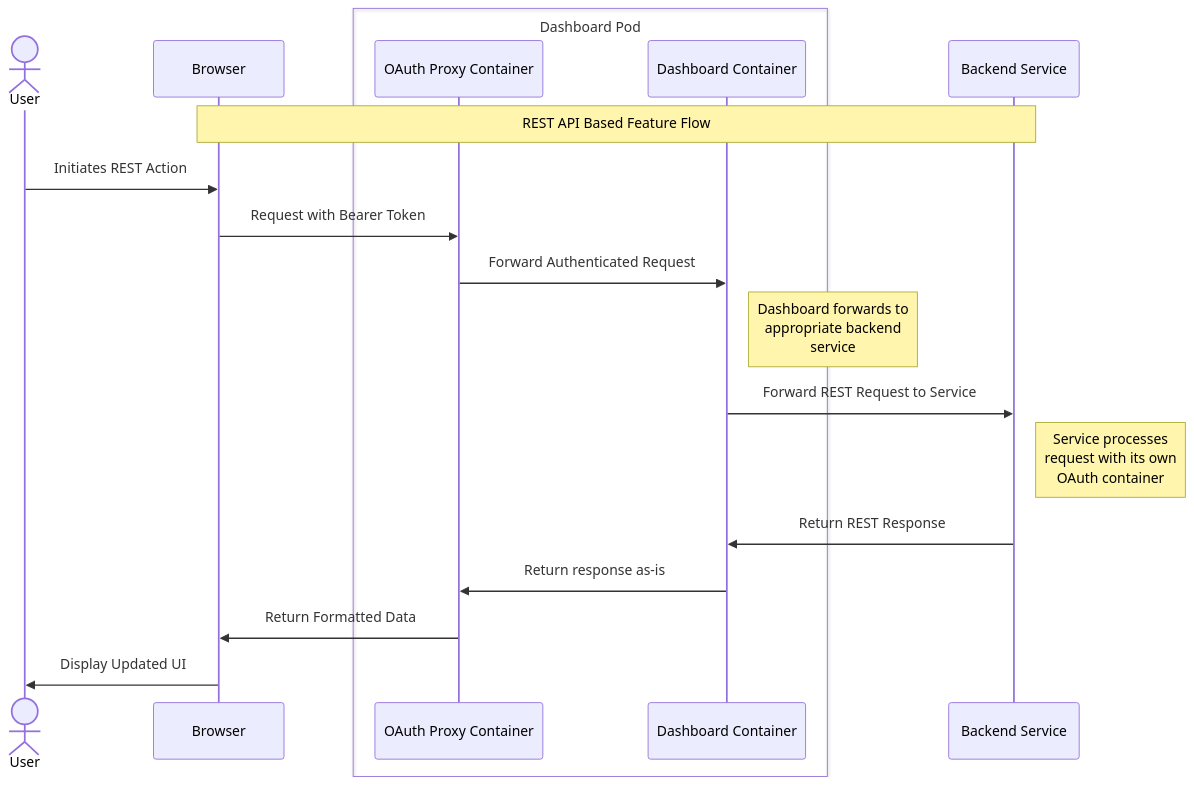
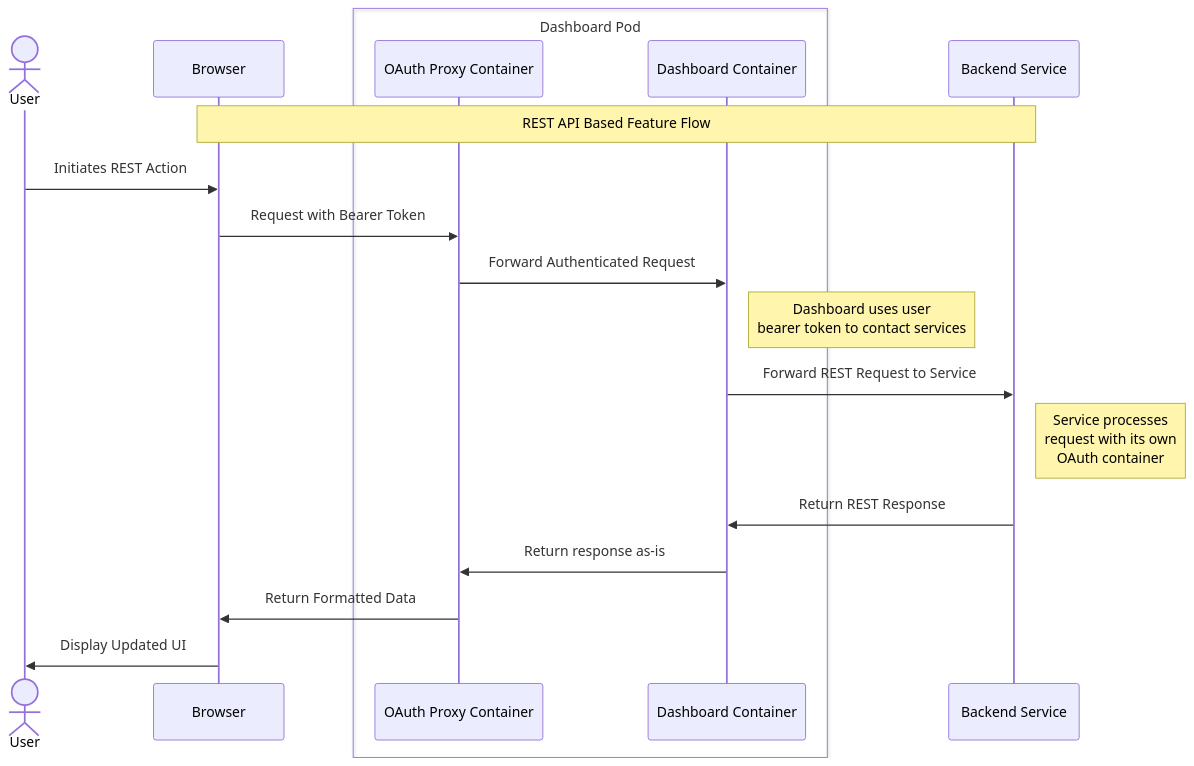
One commit to opendatahub-io/architecture-decision-records changed the fourth of 4 diagrams in documentation/components/dashboard/README.md. Above: the diagram before and after it, drawn with Mermaid.

````diff
--- a/documentation/components/dashboard/README.md
+++ b/documentation/components/dashboard/README.md
@@ -122,25 +122,25 @@
 ```mermaid
 sequenceDiagram
     actor User
     participant Browser
     box Dashboard Pod
     participant OAuthProxy as OAuth Proxy Container
     participant Dashboard as Dashboard Container
     end
     participant Service as Backend Service
     
     Note over Browser,Service: REST API Based Feature Flow
     
     User->>Browser: Initiates REST Action
     Browser->>OAuthProxy: Request with Bearer Token
     OAuthProxy->>Dashboard: Forward Authenticated Request
     
-    Note right of Dashboard: Dashboard forwards to<br/>appropriate backend<br/>service
+    Note right of Dashboard: Dashboard uses user<br/>bearer token to contact services
     
     Dashboard->>Service: Forward REST Request to Service
     Note right of Service: Service processes<br/>request with its own<br/>OAuth container
     Service->>Dashboard: Return REST Response
     Dashboard->>OAuthProxy: Return response as-is
     OAuthProxy->>Browser: Return Formatted Data
     Browser->>User: Display Updated UI
 ```
````
